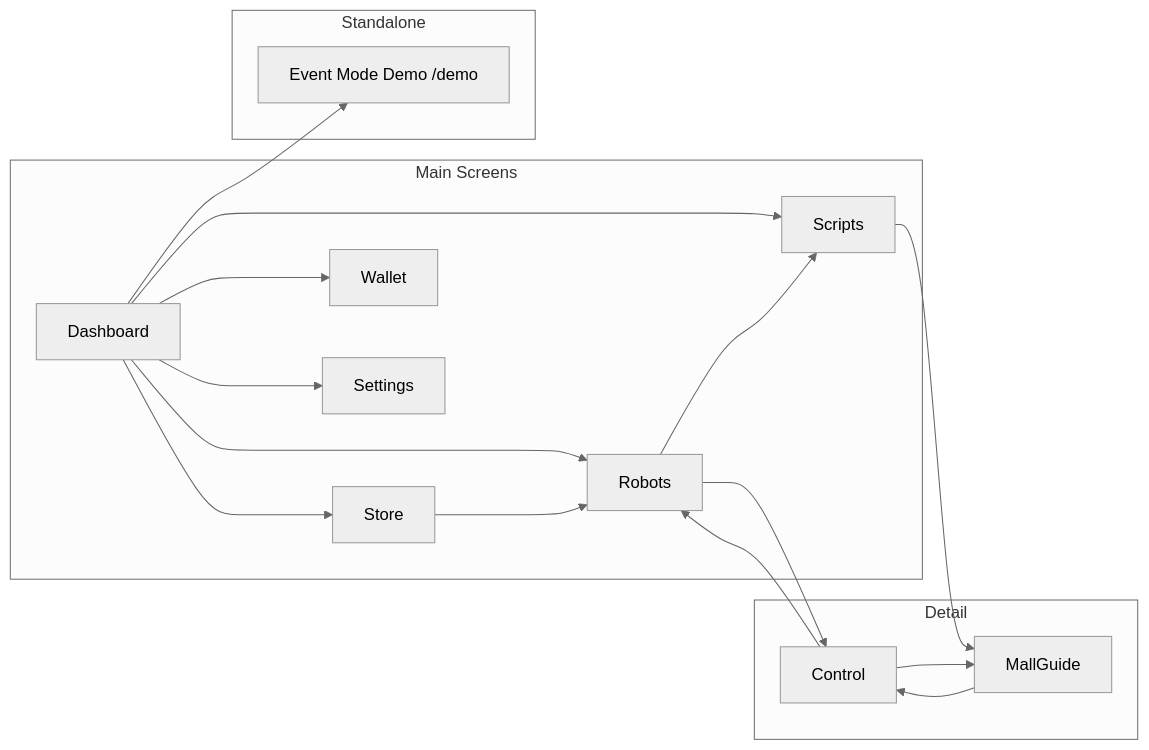
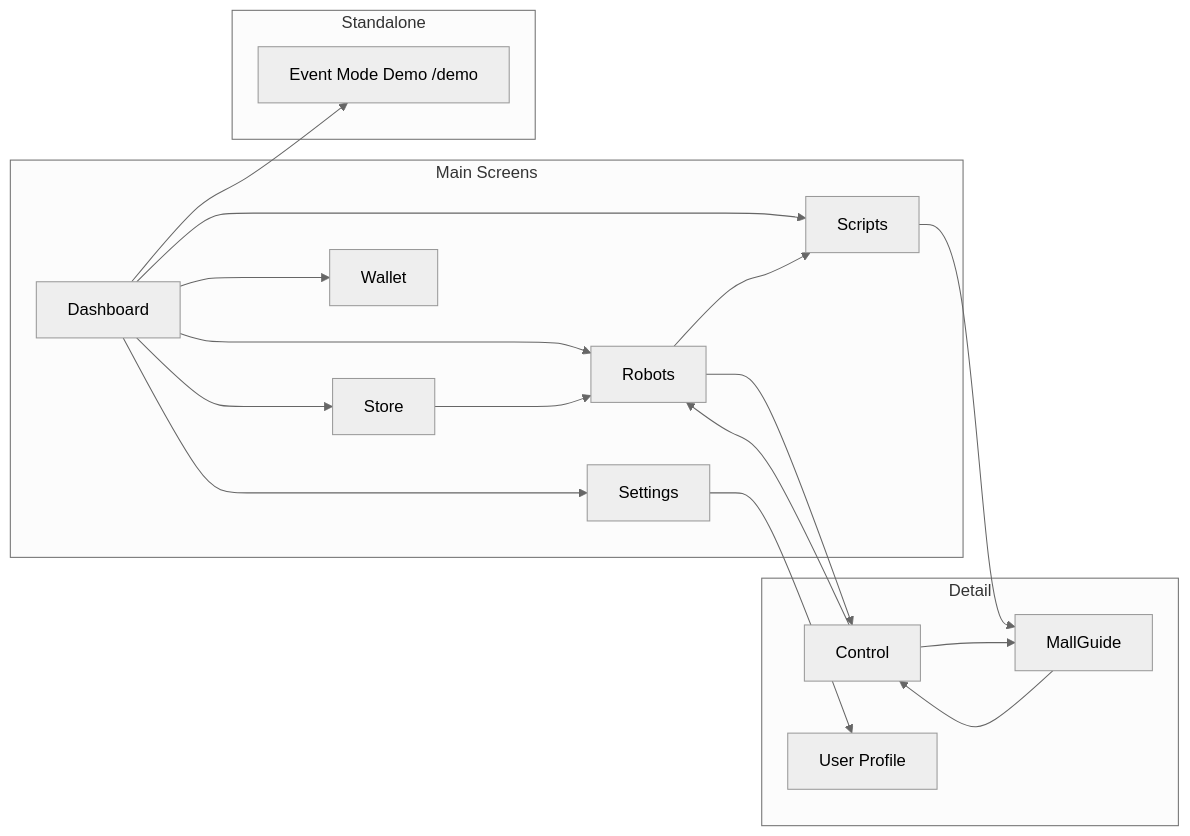
One commit to Saitosar/sai-aurosy-telegram-mini-app changed the second of 2 diagrams in docs/ux/screen-map.md. Above: the diagram before and after it, drawn with Mermaid (neutral theme). The commit also changed other lines of this file and 18 other files, not shown here.

Commit message:
Enhance frontend architecture by adding Theme and Locale providers, updating settings screen with user profile, theme toggle, and language selector. Update app title and manifest for consistency. Refactor dashboard and settings components for improved user experience.

````diff
--- a/docs/ux/screen-map.md
+++ b/docs/ux/screen-map.md
@@ -121,31 +126,33 @@
 ```mermaid
 flowchart LR
     subgraph Main [Main Screens]
         Dashboard
         Robots
         Store
         Wallet
         Scripts
         Settings
     end
     subgraph Detail [Detail]
         Control
         MallGuide
+        UserProfile[User Profile]
     end
+    Settings --> UserProfile
     subgraph Standalone [Standalone]
         Demo[Event Mode Demo /demo]
     end
     Dashboard --> Robots
     Dashboard --> Store
     Dashboard --> Wallet
     Dashboard --> Scripts
     Dashboard --> Settings
     Dashboard --> Demo
     Robots --> Control
     Robots --> Scripts
     Scripts --> MallGuide
     MallGuide --> Control
     Control --> Robots
     Control --> MallGuide
     Store --> Robots
 ```
````
